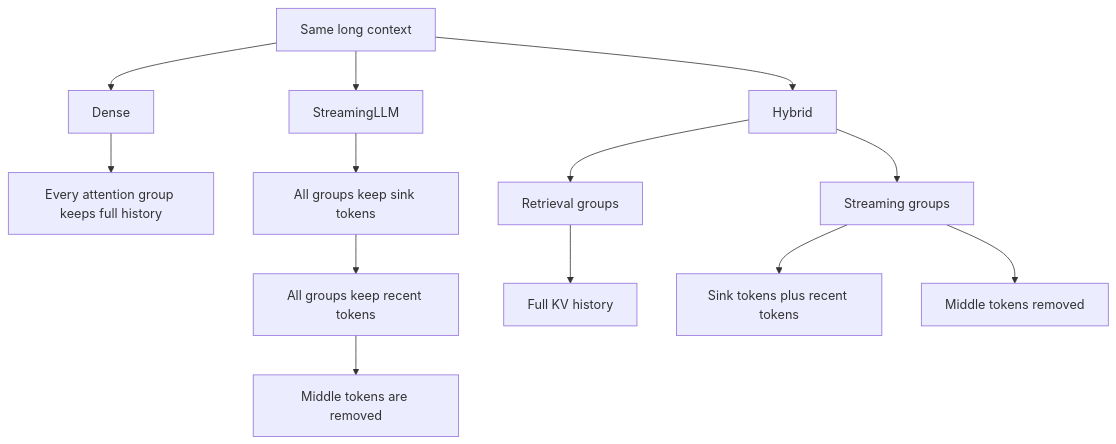
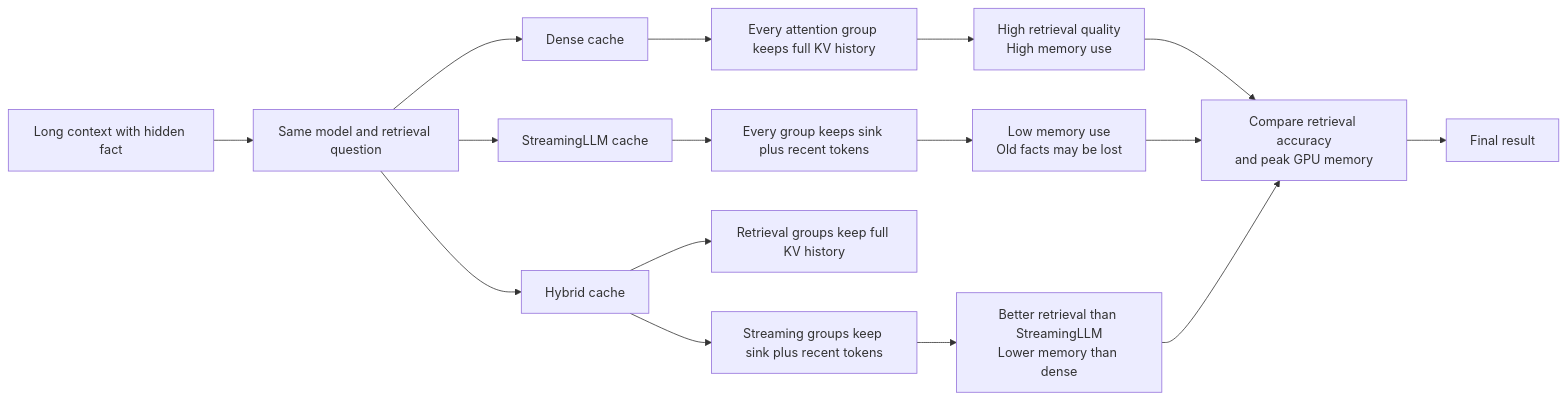
One commit to may-vaz/hybrid-streaming-attention changed the diagram in README.md. Above: the diagram before and after it, drawn with Mermaid. The commit also changed other lines of this file, not shown here.

````diff
--- a/README.md
+++ b/README.md
@@ -55,19 +31,24 @@
 ```mermaid
-flowchart TB
-    A[Same long context] --> B[Dense]
-    A --> C[StreamingLLM]
-    A --> D[Hybrid]
+flowchart LR
+    A[Long context with hidden fact] --> B[Same model and retrieval question]
 
-    B --> B1[Every attention group keeps full history]
+    B --> D[Dense cache]
+    B --> S[StreamingLLM cache]
+    B --> H[Hybrid cache]
 
-    C --> C1[All groups keep sink tokens]
-    C1 --> C2[All groups keep recent tokens]
-    C2 --> C3[Middle tokens are removed]
+    D --> D1[Every attention group keeps full KV history]
+    D1 --> D2[High retrieval quality<br/>High memory use]
 
-    D --> D1[Retrieval groups]
-    D --> D2[Streaming groups]
+    S --> S1[Every group keeps sink plus recent tokens]
+    S1 --> S2[Low memory use<br/>Old facts may be lost]
 
-    D1 --> D3[Full KV history]
-    D2 --> D4[Sink tokens plus recent tokens]
-    D2 --> D5[Middle tokens removed]
+    H --> H1[Retrieval groups keep full KV history]
+    H --> H2[Streaming groups keep sink plus recent tokens]
+    H2 --> H3[Better retrieval than StreamingLLM<br/>Lower memory than dense]
+
+    D2 --> E[Compare retrieval accuracy<br/>and peak GPU memory]
+    S2 --> E
+    H3 --> E
+
+    E --> F[Final result]
 ```
````
